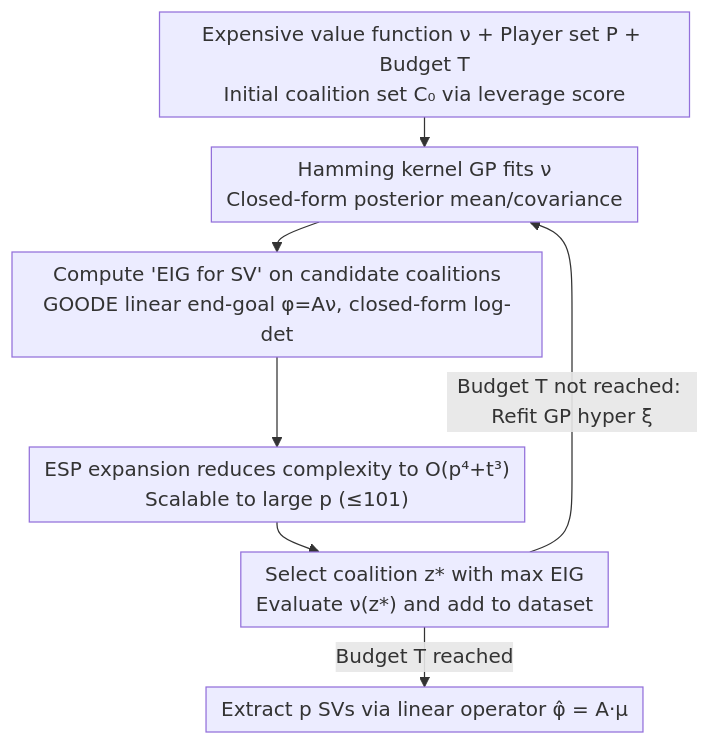
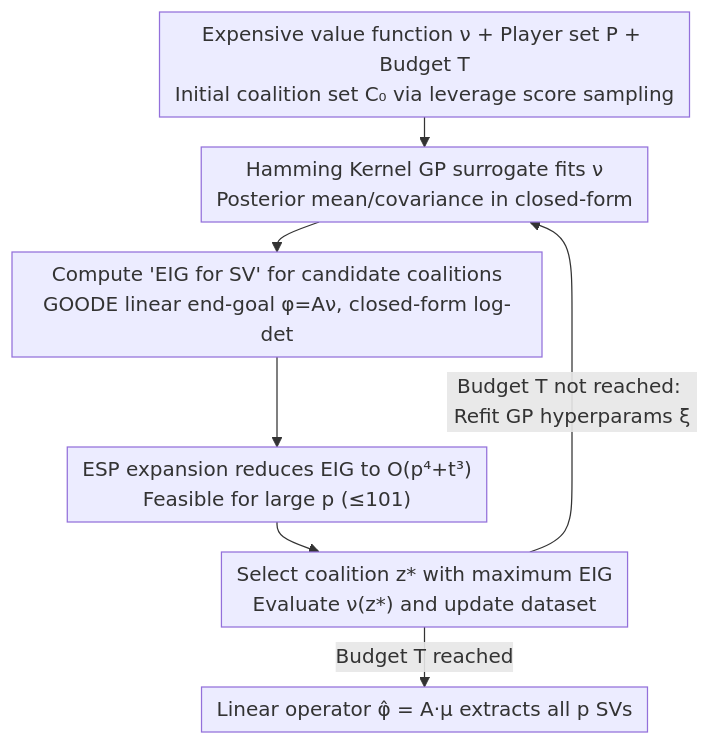
The diagram in docs/ICML2026/interpretability/shapleig_bayesian_experimental_design_for_shapley_value_estimation.md (zhaoyang97/Paper-Notes-en), drawn with Mermaid before and after one commit. The commit also changed other lines of this file and 5084 other files, not shown here.

````diff
--- a/docs/ICML2026/interpretability/shapleig_bayesian_experimental_design_for_shapley_value_estimation.md
+++ b/docs/ICML2026/interpretability/shapleig_bayesian_experimental_design_for_shapley_value_estimation.md
@@ -43,10 +43,10 @@
 ```mermaid
 %%{init: {'flowchart': {'rankSpacing': 24, 'nodeSpacing': 28, 'padding': 6, 'wrappingWidth': 400}}}%%
 flowchart TD
-    A["Expensive value function ν + Player set P + Budget T<br/>Initial coalition set C₀ via leverage score"] --> B["Hamming kernel GP fits ν<br/>Closed-form posterior mean/covariance"]
-    B --> C["Compute 'EIG for SV' on candidate coalitions<br/>GOODE linear end-goal φ=Aν, closed-form log-det"]
-    C --> D["ESP expansion reduces complexity to O(p⁴+t³)<br/>Scalable to large p (≤101)"]
-    D --> E["Select coalition z* with max EIG<br/>Evaluate ν(z*) and add to dataset"]
-    E -->|Budget T not reached: Refit GP hyper ξ| B
-    E -->|Budget T reached| F["Extract p SVs via linear operator φ̂ = A·μ"]
+    A["Expensive value function ν + Player set P + Budget T<br/>Initial coalition set C₀ via leverage score sampling"] --> B["Hamming Kernel GP surrogate fits ν<br/>Posterior mean/covariance in closed-form"]
+    B --> C["Compute 'EIG for SV' for candidate coalitions<br/>GOODE linear end-goal φ=Aν, closed-form log-det"]
+    C --> D["ESP expansion reduces EIG to O(p⁴+t³)<br/>Feasible for large p (≤101)"]
+    D --> E["Select coalition z* with maximum EIG<br/>Evaluate ν(z*) and update dataset"]
+    E -->|Budget T not reached: Refit GP hyperparams ξ| B
+    E -->|Budget T reached| F["Linear operator φ̂ = A·μ extracts all p SVs"]
 ```
````
